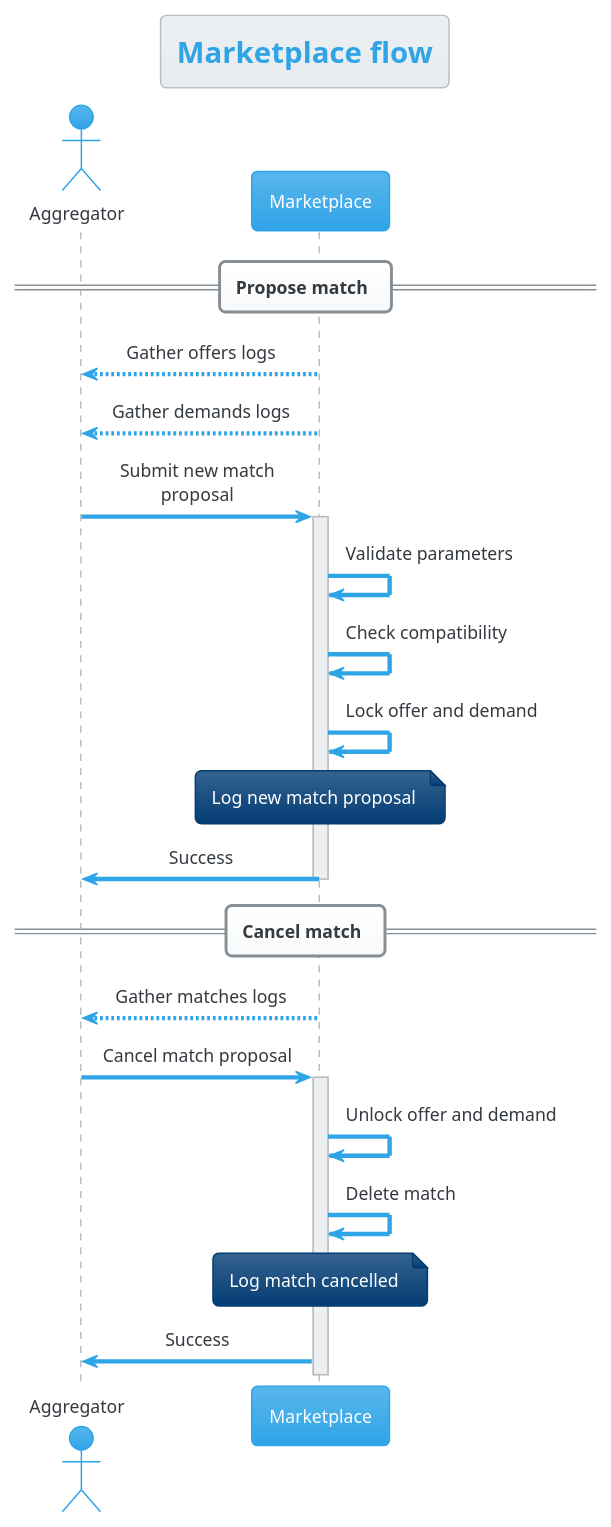
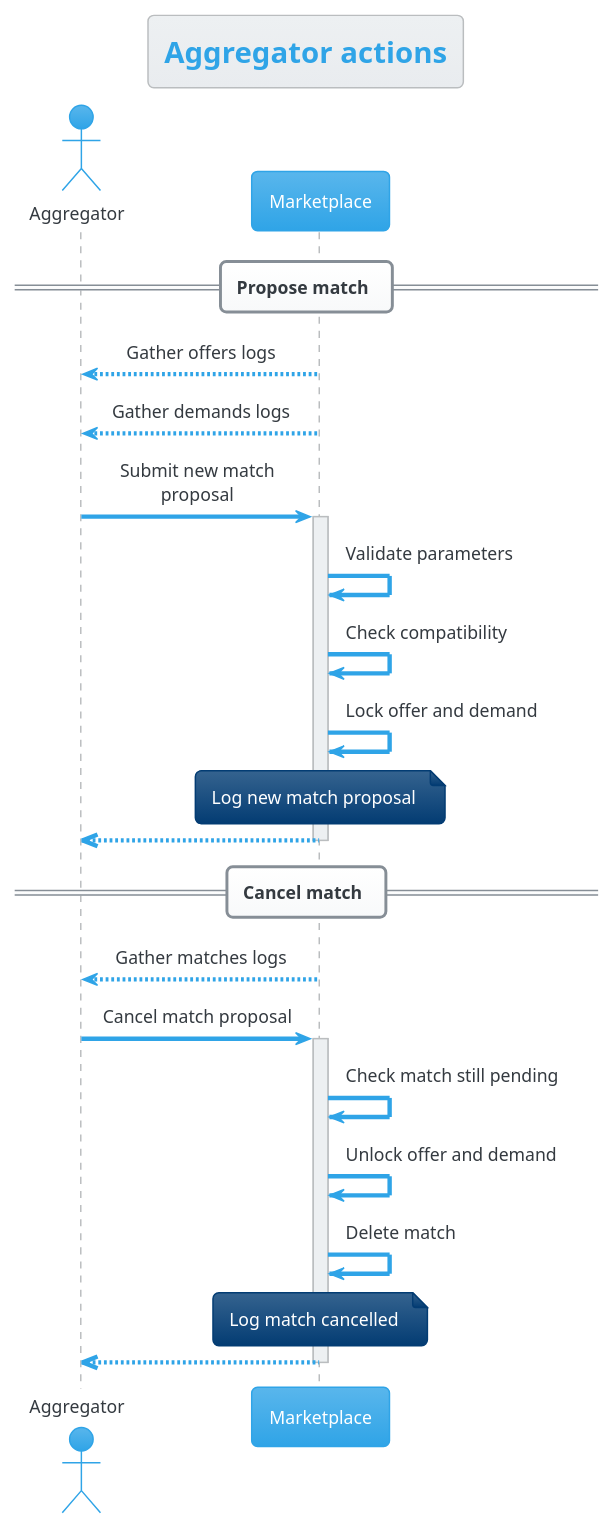
The diagram in docs/diagrams/aggregator-actions.puml (TendTo/EW-showcase), drawn with PlantUML before and after one commit. The commit also changed 4 other files, not shown here.

Commit message:
update(docs): diagrams

```diff
--- a/docs/diagrams/aggregator-actions.puml
+++ b/docs/diagrams/aggregator-actions.puml
@@ -1,31 +1,32 @@
-@startuml Marketplace flow
-title Marketplace flow
+@startuml Aggregator actions
+title Aggregator actions
 !theme cerulean
 
 skinparam maxMessageSize 150
 skinparam defaultTextAlignment center
 skinparam noteTextAlignment left
 
 actor "Aggregator" as ag
 participant "Marketplace" as ma
 
 == Propose match ==
 ag<--ma: Gather offers logs
 ag<--ma: Gather demands logs
 ag->ma ++: Submit new match proposal
 ma->ma: Validate parameters
 ma->ma: Check compatibility
 ma->ma: Lock offer and demand
 note over ma: Log new match proposal
-ma->ag --: Success
+ma-->>ag --
 
 == Cancel match ==
 ag<--ma: Gather matches logs
 ag->ma ++: Cancel match proposal
+ma->ma: Check match still pending
 ma->ma: Unlock offer and demand
 ma->ma: Delete match
 note over ma: Log match cancelled
-ma->ag: Success
+ma-->>ag --
 
 
 @endpuml
```
